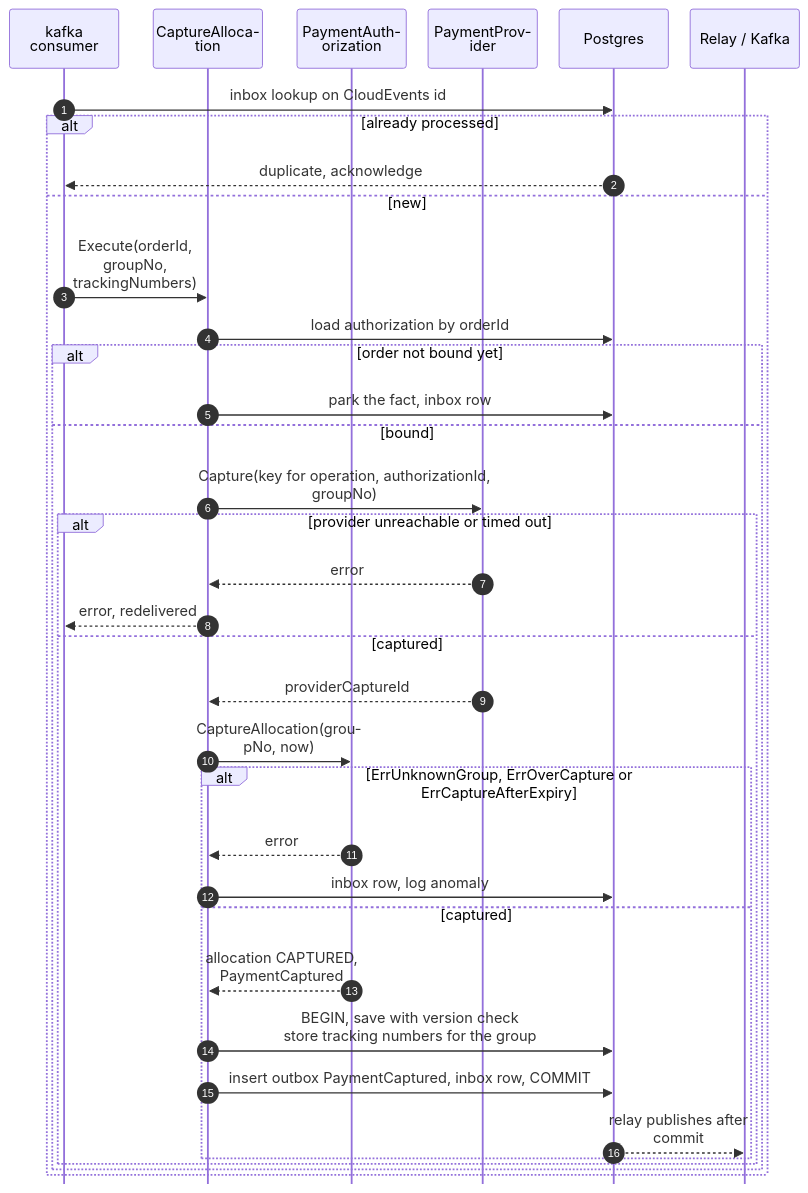
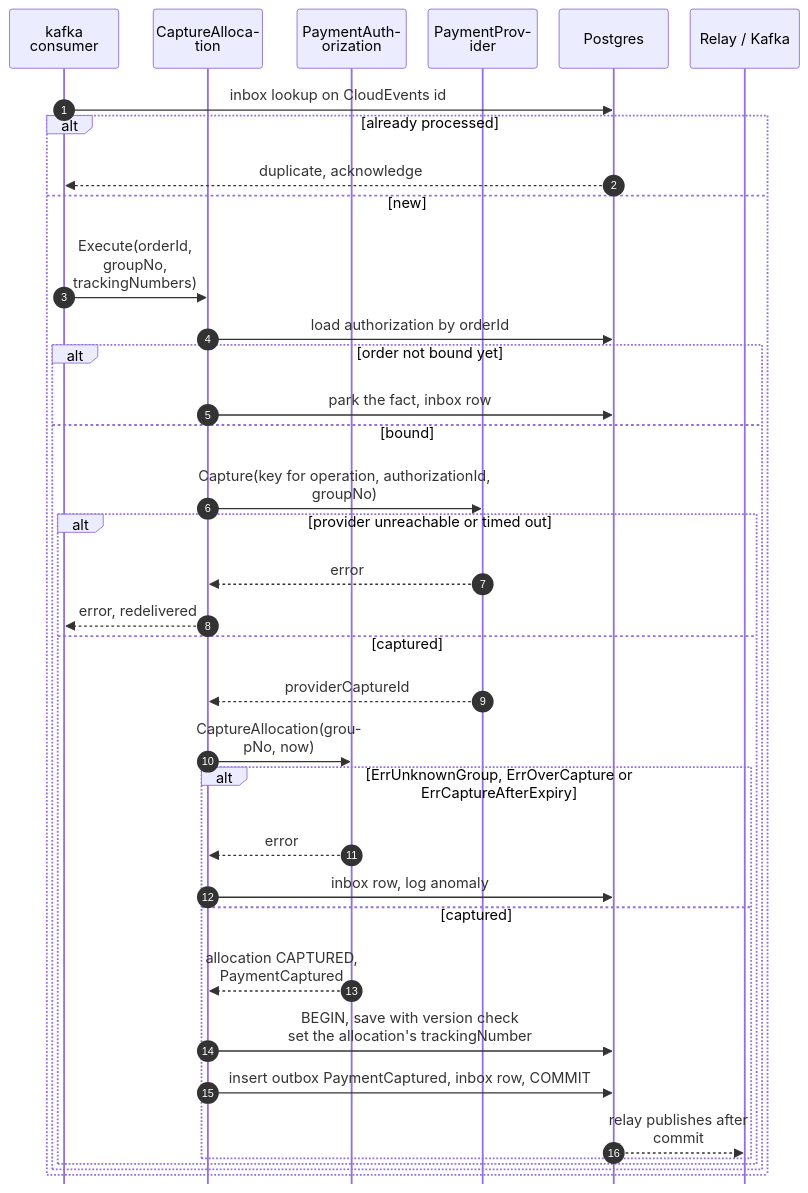
One commit to IQVO/warehouse-docs changed the fourth of 8 diagrams in storefront/docs/contexts/customer-payments/sequence-diagrams.md. Above: the diagram before and after it, drawn with Mermaid. The commit also changed other lines of this file and 11 other files, not shown here.

````diff
--- a/storefront/docs/contexts/customer-payments/sequence-diagrams.md
+++ b/storefront/docs/contexts/customer-payments/sequence-diagrams.md
@@ -208,39 +211,39 @@
 ```mermaid
 %%{init: {"sequence": {"wrap": true, "width": 120, "actorMargin": 24, "messageMargin": 28, "boxMargin": 6, "noteMargin": 6, "mirrorActors": false}}}%%
 sequenceDiagram
     autonumber
     participant C as kafka consumer
     participant UC as CaptureAllocation
     participant A as PaymentAuthorization
     participant P as PaymentProvider
     participant DB as Postgres
     participant K as Relay / Kafka
     C->>DB: inbox lookup on CloudEvents id
     alt already processed
         DB-->>C: duplicate, acknowledge
     else new
         C->>UC: Execute(orderId, groupNo, trackingNumbers)
         UC->>DB: load authorization by orderId
         alt order not bound yet
             UC->>DB: park the fact, inbox row
         else bound
             UC->>P: Capture(key for operation, authorizationId, groupNo)
             alt provider unreachable or timed out
                 P-->>UC: error
                 UC-->>C: error, redelivered
             else captured
                 P-->>UC: providerCaptureId
                 UC->>A: CaptureAllocation(groupNo, now)
                 alt ErrUnknownGroup, ErrOverCapture or ErrCaptureAfterExpiry
                     A-->>UC: error
                     UC->>DB: inbox row, log anomaly
                 else captured
                     A-->>UC: allocation CAPTURED, PaymentCaptured
-                    UC->>DB: BEGIN, save with version check<br/>store tracking numbers for the group
+                    UC->>DB: BEGIN, save with version check<br/>set the allocation's trackingNumber
                     UC->>DB: insert outbox PaymentCaptured, inbox row, COMMIT
                     DB-->>K: relay publishes after commit
                 end
             end
         end
     end
 ```
````
